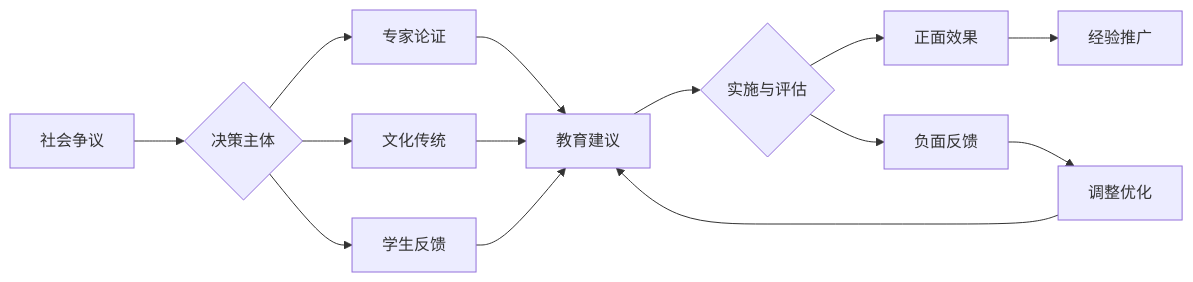
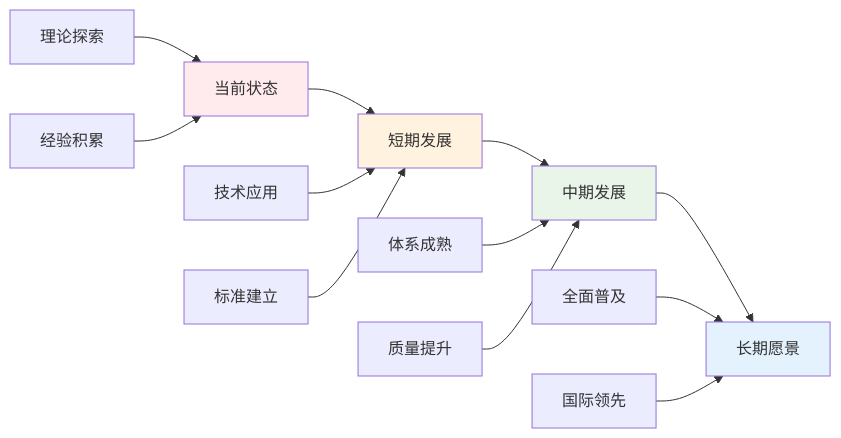
One commit to AdaMartin18010/SeniorEnducation changed diagram 15 of 15 in 01-哲学科学基础/03-逻辑学与批判性思维.md. Above: the diagram before and after it, drawn with Mermaid. The commit also changed other lines of this file and 16 other files, not shown here.

````diff
--- a/01-哲学科学基础/03-逻辑学与批判性思维.md
+++ b/01-哲学科学基础/03-逻辑学与批判性思维.md
@@ -366,16 +714,21 @@
 ```mermaid
 graph LR
-    A[社会争议] --> B{决策主体}
-    B --> C[专家论证]
-    B --> D[文化传统]
-    B --> E[学生反馈]
-    C --> F[教育建议]
-    D --> F
-    E --> F
-    F --> G{实施与评估}
-    G --> H[正面效果]
-    G --> I[负面反馈]
-    I --> J[调整优化]
-    H --> K[经验推广]
-    J --> F
+    A[当前状态] --> B[短期发展]
+    B --> C[中期发展]
+    C --> D[长期愿景]
+    
+    A1[理论探索] --> A
+    B1[技术应用] --> B
+    C1[体系成熟] --> C
+    D1[全面普及] --> D
+    
+    A2[经验积累] --> A
+    B2[标准建立] --> B
+    C2[质量提升] --> C
+    D2[国际领先] --> D
+    
+    style A fill:#ffebee
+    style B fill:#fff3e0
+    style C fill:#e8f5e8
+    style D fill:#e3f2fd
 ```
````
